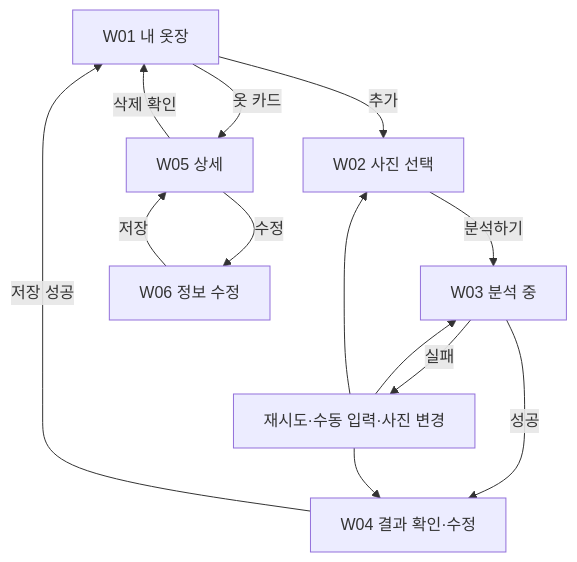
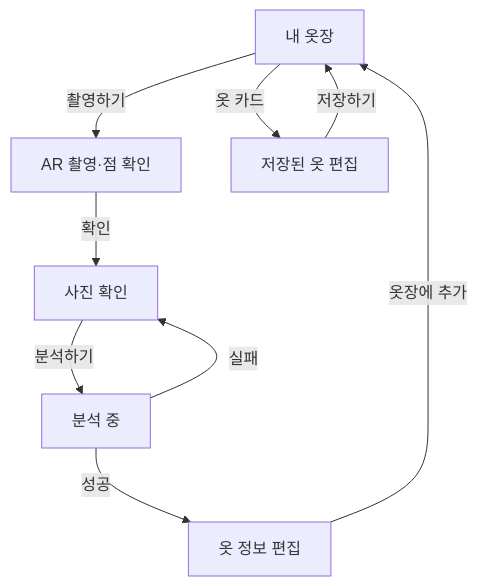
One commit to snuhcs-course/swpp-2026-project-team-14 changed the diagram in docs/wardrobe/design.md. Above: the diagram before and after it, drawn with Mermaid. The commit also changed other lines of this file and 19 other files, not shown here.

Commit message:
refactor(wardrobe): simplify schema, validation and documentation

````diff
--- a/docs/wardrobe/design.md
+++ b/docs/wardrobe/design.md
@@ -89,15 +13,11 @@
 ```mermaid
 flowchart TD
-    A[W01 내 옷장] -->|추가| B[W02 사진 선택]
-    B -->|분석하기| C[W03 분석 중]
-    C -->|성공| D[W04 결과 확인·수정]
-    C -->|실패| E[재시도·수동 입력·사진 변경]
-    E --> C
-    E --> D
-    E --> B
-    D -->|저장 성공| A
-    A -->|옷 카드| F[W05 상세]
-    F -->|수정| G[W06 정보 수정]
-    G -->|저장| F
-    F -->|삭제 확인| A
+    A[내 옷장] -->|촬영하기| B[AR 촬영·점 확인]
+    B -->|확인| C[사진 확인]
+    C -->|분석하기| D[분석 중]
+    D -->|성공| E[옷 정보 편집]
+    D -->|실패| C
+    E -->|옷장에 추가| A
+    A -->|옷 카드| F[저장된 옷 편집]
+    F -->|저장하기| A
 ```
````
